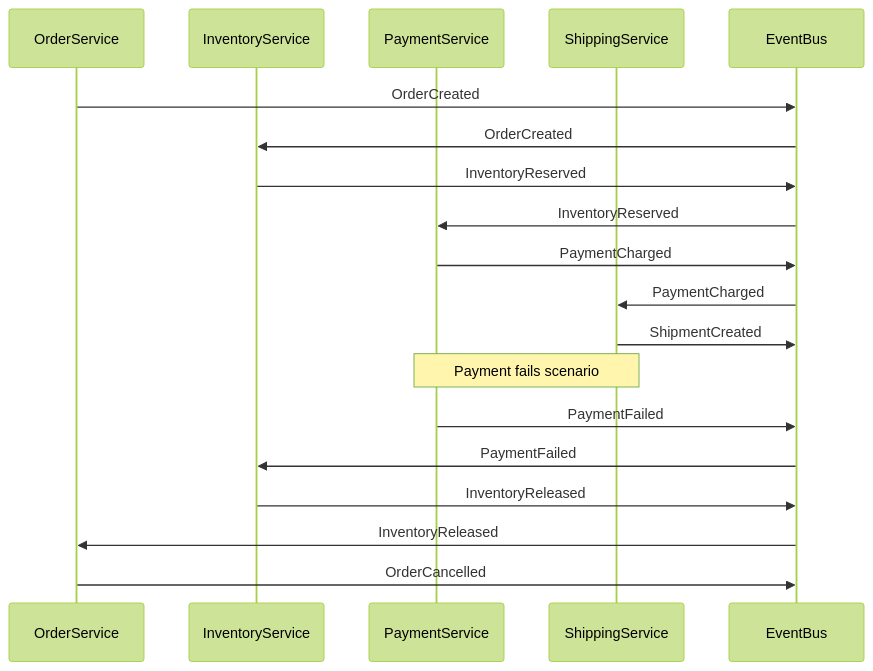
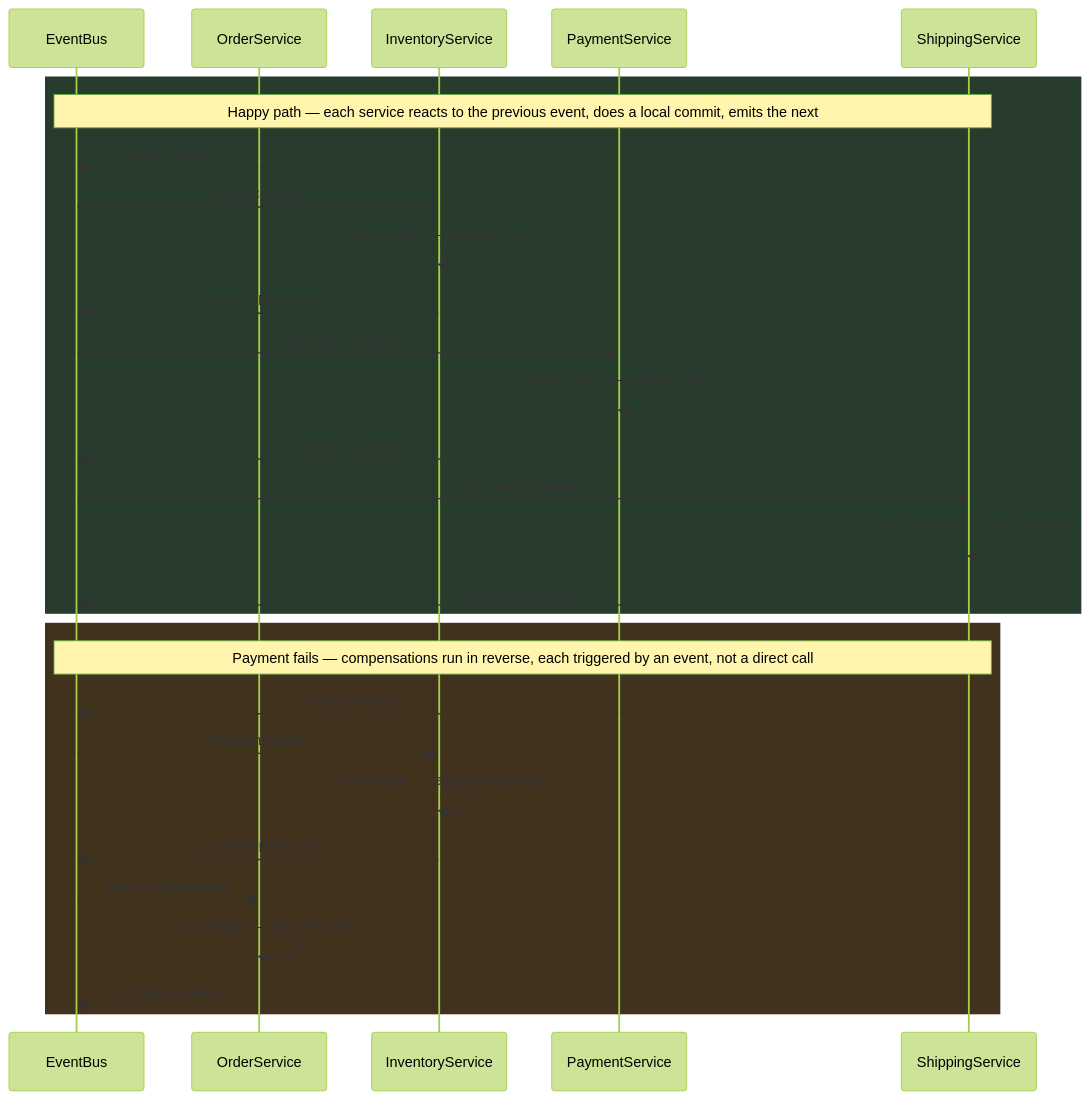
The fifth of 9 diagrams in system-design/distributed-transactions.md (deepanshu-rawat6/DevOpsIndex), drawn with Mermaid (forest theme) before and after one commit. The commit also changed other lines of this file and 8 other files, not shown here.

````diff
--- a/system-design/distributed-transactions.md
+++ b/system-design/distributed-transactions.md
@@ -147,23 +257,33 @@
 ```mermaid
 sequenceDiagram
+    participant Q as EventBus
     participant O as OrderService
     participant I as InventoryService
     participant P as PaymentService
     participant S as ShippingService
-    participant Q as EventBus
 
+    rect rgb(40, 60, 45)
+    Note over Q,S: Happy path — each service reacts to the previous event, does a local commit, emits the next
     O->>Q: OrderCreated
     Q->>I: OrderCreated
+    I->>I: local commit — reserve items
     I->>Q: InventoryReserved
     Q->>P: InventoryReserved
+    P->>P: local commit — charge card
     P->>Q: PaymentCharged
     Q->>S: PaymentCharged
+    S->>S: local commit — create shipment
     S->>Q: ShipmentCreated
+    end
 
-    Note over P,S: Payment fails scenario
+    rect rgb(65, 50, 30)
+    Note over Q,S: Payment fails — compensations run in reverse, each triggered by an event, not a direct call
     P->>Q: PaymentFailed
     Q->>I: PaymentFailed
+    I->>I: compensate — release reservation
     I->>Q: InventoryReleased
     Q->>O: InventoryReleased
+    O->>O: compensate — cancel order
     O->>Q: OrderCancelled
+    end
 ```
````
